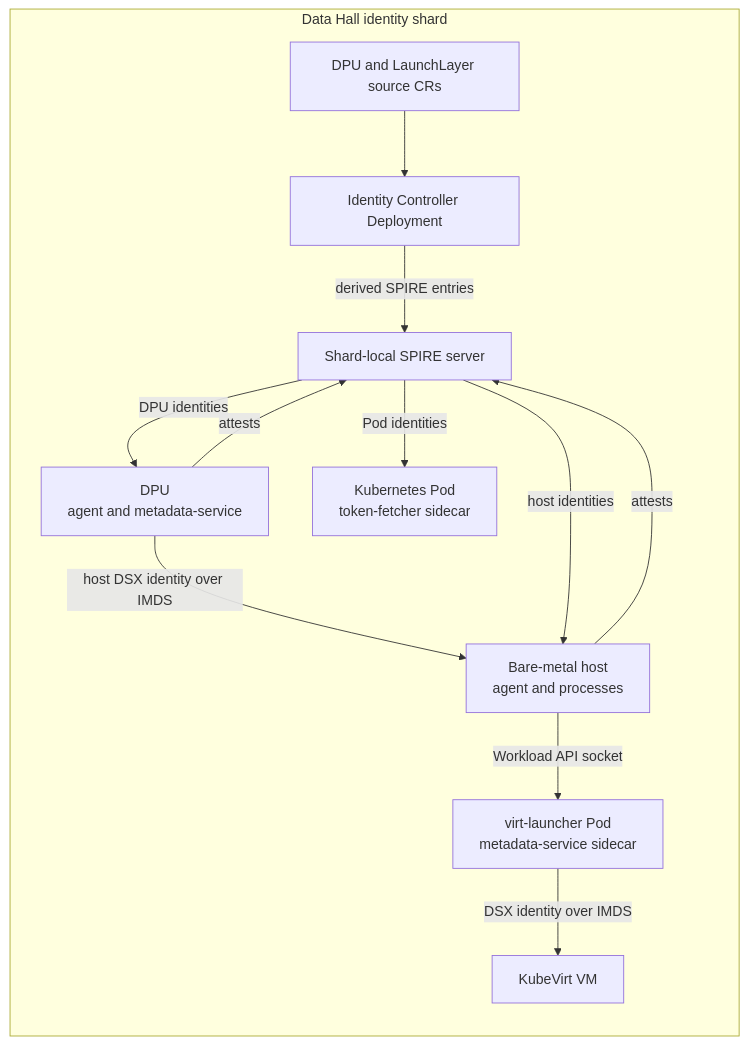
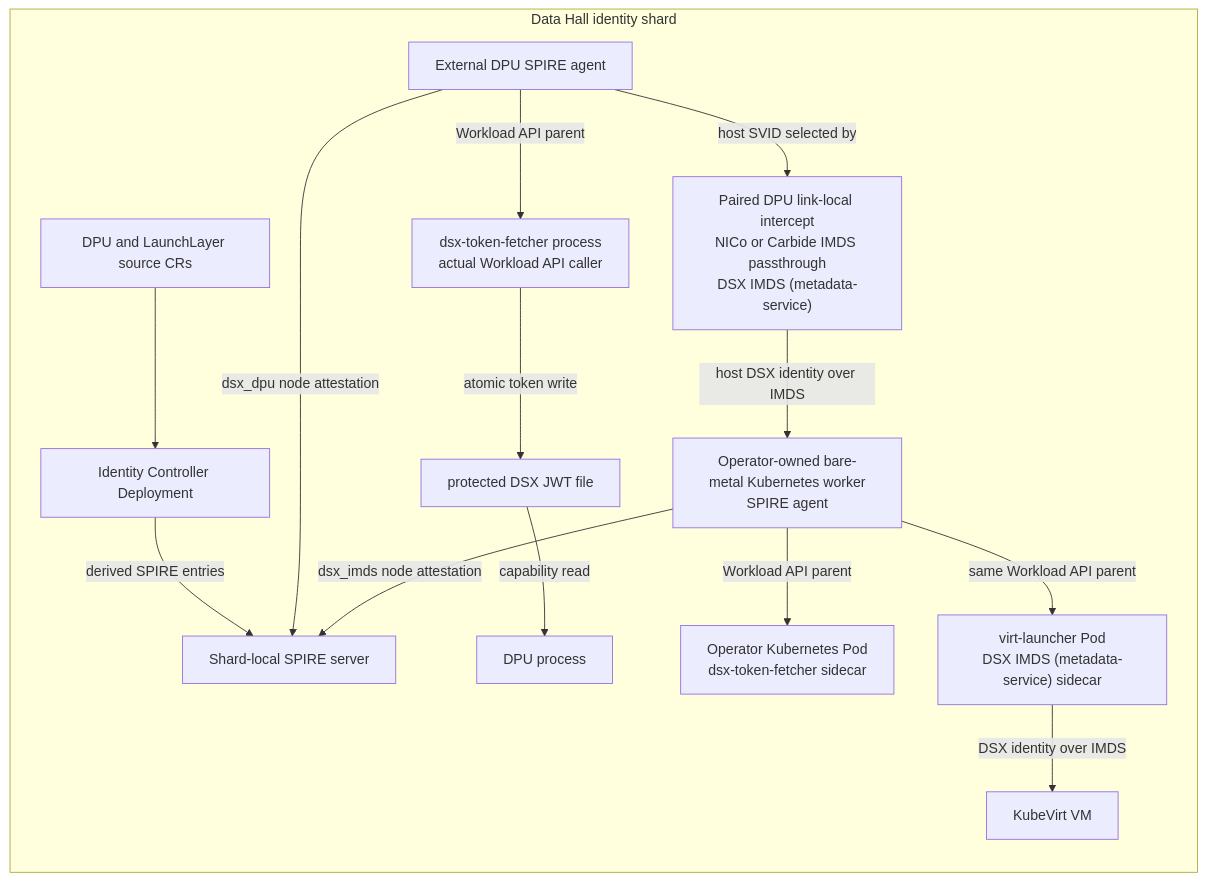
Before and after one commit to dsx-ai-factory/nvidia-workload-identity: the first of 10 diagrams in README.md, drawn with Mermaid. The commit also changed other lines of this file and 93 other files, not shown here.

````diff
--- a/README.md
+++ b/README.md
@@ -19,25 +23,31 @@
 ```mermaid
 flowchart TB
   subgraph Shard["Data Hall identity shard"]
     direction TB
     Sources["DPU and LaunchLayer source CRs"]
     Controller["Identity Controller Deployment"]
     SPIRE["Shard-local SPIRE server"]
-    DPU["DPU<br/>agent and metadata-service"]
-    Host["Bare-metal host<br/>agent and processes"]
-    Pod["Kubernetes Pod<br/>token-fetcher sidecar"]
-    VMHost["virt-launcher Pod<br/>metadata-service sidecar"]
+    DPU["External DPU SPIRE agent"]
+    DPUFetcher["dsx-token-fetcher process<br/>actual Workload API caller"]
+    DPUProcess["DPU process"]
+    DPUToken["protected DSX JWT file"]
+    MDS["Paired DPU link-local intercept<br/>NICo or Carbide IMDS passthrough<br/>DSX IMDS (metadata-service)"]
+    Host["Operator-owned bare-metal Kubernetes worker<br/>SPIRE agent"]
+    Pod["Operator Kubernetes Pod<br/>dsx-token-fetcher sidecar"]
+    VMHost["virt-launcher Pod<br/>DSX IMDS (metadata-service) sidecar"]
     VM["KubeVirt VM"]
 
     Sources --> Controller
     Controller -->|"derived SPIRE entries"| SPIRE
-    DPU -->|"attests"| SPIRE
-    SPIRE -->|"DPU identities"| DPU
-    DPU -->|"host DSX identity over IMDS"| Host
-    Host -->|"attests"| SPIRE
-    SPIRE -->|"host identities"| Host
-    Host -->|"Workload API socket"| VMHost
+    DPU -->|"dsx_dpu node attestation"| SPIRE
+    DPU -->|"Workload API parent"| DPUFetcher
+    DPUFetcher -->|"atomic token write"| DPUToken
+    DPUToken -->|"capability read"| DPUProcess
+    DPU -->|"host SVID selected by"| MDS
+    MDS -->|"host DSX identity over IMDS"| Host
+    Host -->|"dsx_imds node attestation"| SPIRE
+    Host -->|"Workload API parent"| Pod
+    Host -->|"same Workload API parent"| VMHost
     VMHost -->|"DSX identity over IMDS"| VM
-    SPIRE -->|"Pod identities"| Pod
   end
 ```
````
